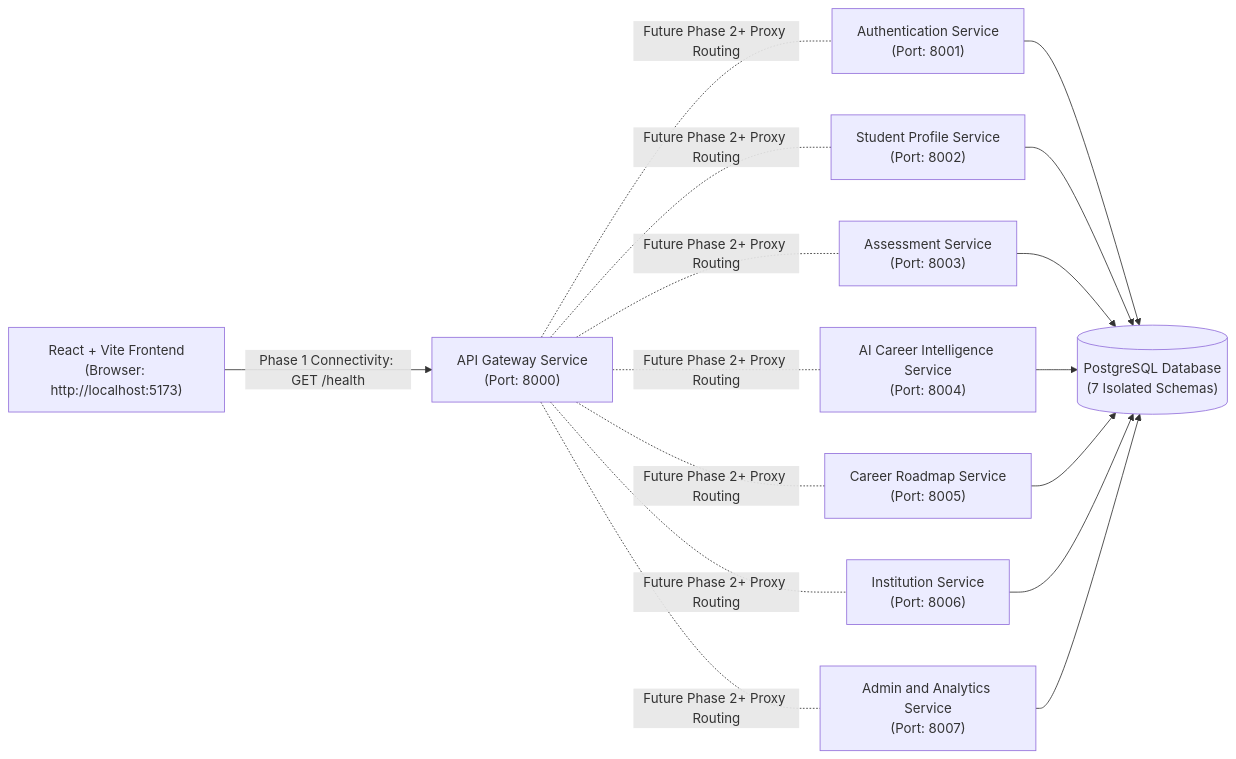
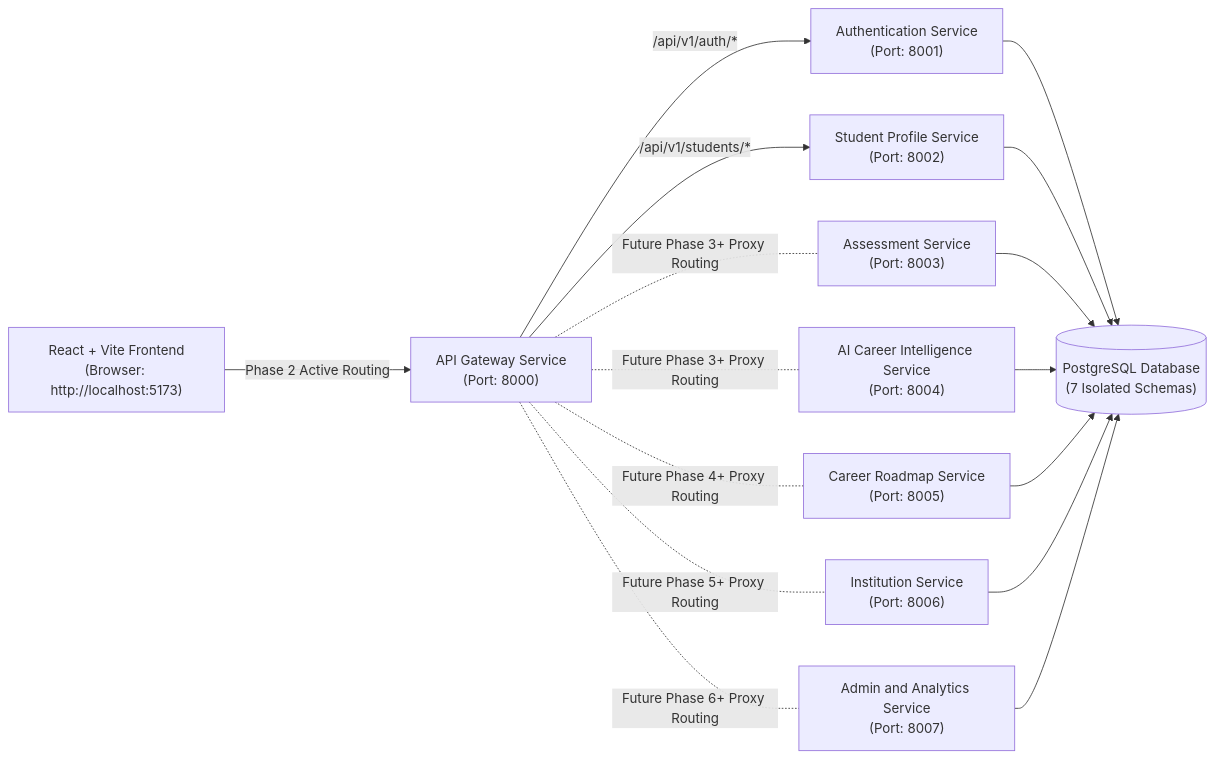
One commit to Tanjila-01/UdaanAI changed the diagram in docs/architecture.md. Above: the diagram before and after it, drawn with Mermaid. The commit also changed other lines of this file and 42 other files, not shown here.

Commit message:
Implement Phase 2: Authentication and Student Profile Foundation

````diff
--- a/docs/architecture.md
+++ b/docs/architecture.md
@@ -7,33 +7,33 @@
 ```mermaid
 flowchart LR
     FE["React + Vite Frontend\n(Browser: http://localhost:5173)"]
     GW["API Gateway Service\n(Port: 8000)"]
 
     AUTH["Authentication Service\n(Port: 8001)"]
     STUDENT["Student Profile Service\n(Port: 8002)"]
     ASSESSMENT["Assessment Service\n(Port: 8003)"]
     AI["AI Career Intelligence Service\n(Port: 8004)"]
     ROADMAP["Career Roadmap Service\n(Port: 8005)"]
     INSTITUTION["Institution Service\n(Port: 8006)"]
     ADMIN["Admin and Analytics Service\n(Port: 8007)"]
 
     DB[("PostgreSQL Database\n(7 Isolated Schemas)")]
 
-    FE -->|Phase 1 Connectivity: GET /health| GW
+    FE -->|Phase 2 Active Routing| GW
 
-    GW -.-|Future Phase 2+ Proxy Routing| AUTH
-    GW -.-|Future Phase 2+ Proxy Routing| STUDENT
-    GW -.-|Future Phase 2+ Proxy Routing| ASSESSMENT
-    GW -.-|Future Phase 2+ Proxy Routing| AI
-    GW -.-|Future Phase 2+ Proxy Routing| ROADMAP
-    GW -.-|Future Phase 2+ Proxy Routing| INSTITUTION
-    GW -.-|Future Phase 2+ Proxy Routing| ADMIN
+    GW -->|/api/v1/auth/*| AUTH
+    GW -->|/api/v1/students/*| STUDENT
+    GW -.-|Future Phase 3+ Proxy Routing| ASSESSMENT
+    GW -.-|Future Phase 3+ Proxy Routing| AI
+    GW -.-|Future Phase 4+ Proxy Routing| ROADMAP
+    GW -.-|Future Phase 5+ Proxy Routing| INSTITUTION
+    GW -.-|Future Phase 6+ Proxy Routing| ADMIN
 
     AUTH --> DB
     STUDENT --> DB
     ASSESSMENT --> DB
     AI --> DB
     ROADMAP --> DB
     INSTITUTION --> DB
     ADMIN --> DB
 ```
````
